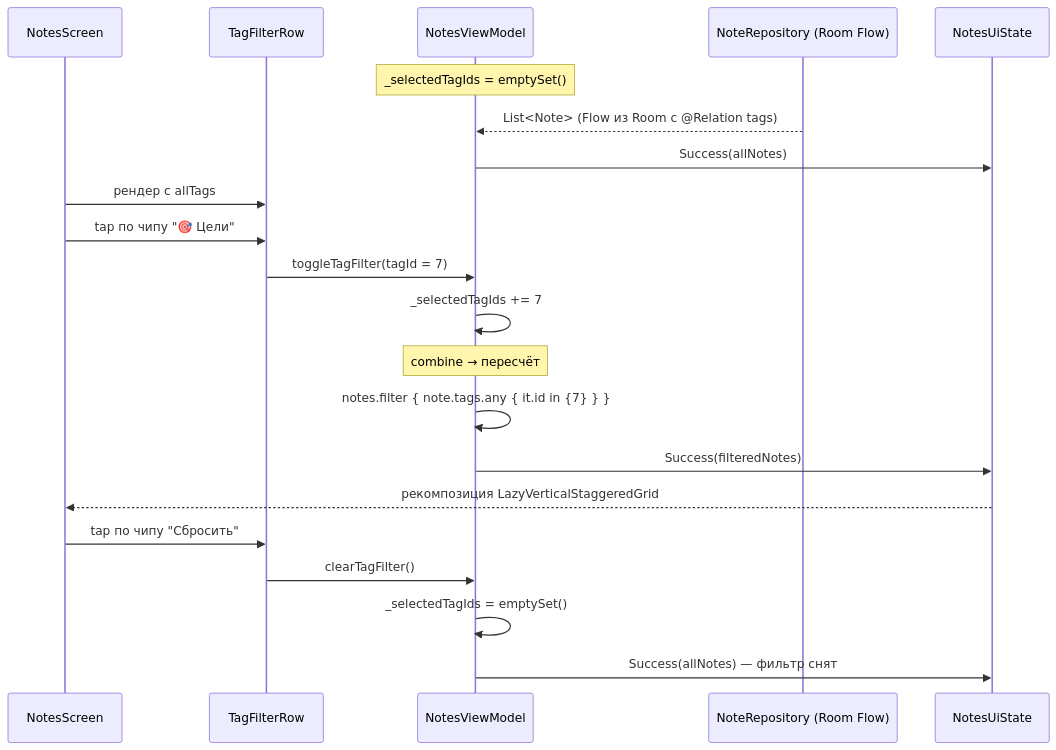
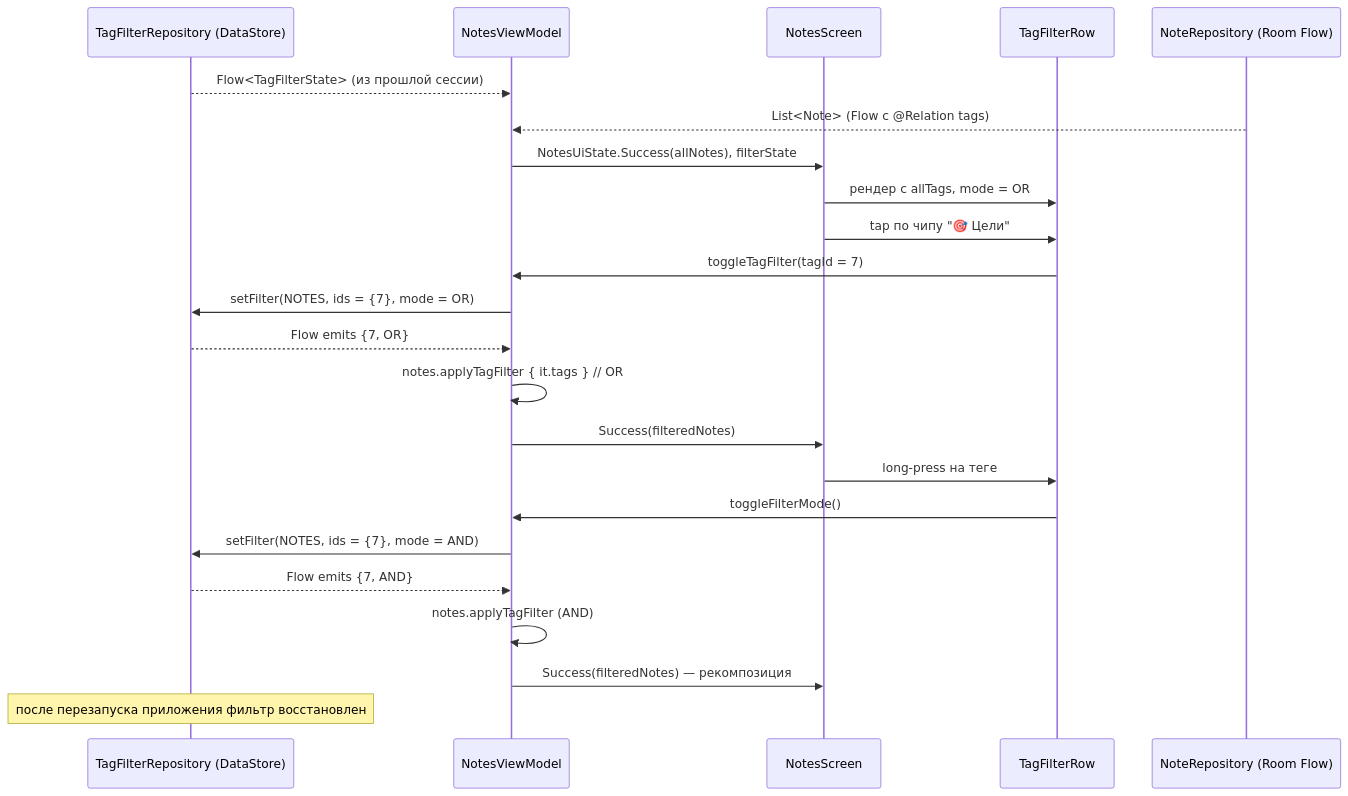
One commit to MaxGog/pagebook-android changed the third of 4 diagrams in docs/ARCHITECTURE.md. Above: the diagram before and after it, drawn with Mermaid. The commit also changed other lines of this file and 26 other files, not shown here.

````diff
--- a/docs/ARCHITECTURE.md
+++ b/docs/ARCHITECTURE.md
@@ -351,24 +421,26 @@
 ```mermaid
 sequenceDiagram
+    participant Store as TagFilterRepository (DataStore)
+    participant VM as NotesViewModel
     participant UI as NotesScreen
     participant Row as TagFilterRow
-    participant VM as NotesViewModel
     participant Repo as NoteRepository (Room Flow)
-    participant State as NotesUiState
 
-    Note over VM: _selectedTagIds = emptySet()
-    Repo-->>VM: List<Note> (Flow из Room с @Relation tags)
-    VM->>State: Success(allNotes)
-    UI->>Row: рендер с allTags
+    Store-->>VM: Flow<TagFilterState> (из прошлой сессии)
+    Repo-->>VM: List<Note> (Flow с @Relation tags)
+    VM->>UI: NotesUiState.Success(allNotes), filterState
+    UI->>Row: рендер с allTags, mode = OR
     UI->>Row: tap по чипу "🎯 Цели"
     Row->>VM: toggleTagFilter(tagId = 7)
-    VM->>VM: _selectedTagIds += 7
-    Note over VM: combine → пересчёт
-    VM->>VM: notes.filter { note.tags.any { it.id in {7} } }
-    VM->>State: Success(filteredNotes)
-    State-->>UI: рекомпозиция LazyVerticalStaggeredGrid
-    UI->>Row: tap по чипу "Сбросить"
-    Row->>VM: clearTagFilter()
-    VM->>VM: _selectedTagIds = emptySet()
-    VM->>State: Success(allNotes) — фильтр снят
+    VM->>Store: setFilter(NOTES, ids = {7}, mode = OR)
+    Store-->>VM: Flow emits {7, OR}
+    VM->>VM: notes.applyTagFilter { it.tags }  // OR
+    VM->>UI: Success(filteredNotes)
+    UI->>Row: long-press на теге
+    Row->>VM: toggleFilterMode()
+    VM->>Store: setFilter(NOTES, ids = {7}, mode = AND)
+    Store-->>VM: Flow emits {7, AND}
+    VM->>VM: notes.applyTagFilter (AND)
+    VM->>UI: Success(filteredNotes) — рекомпозиция
+    Note over Store: после перезапуска приложения фильтр восстановлен
 ```
````
